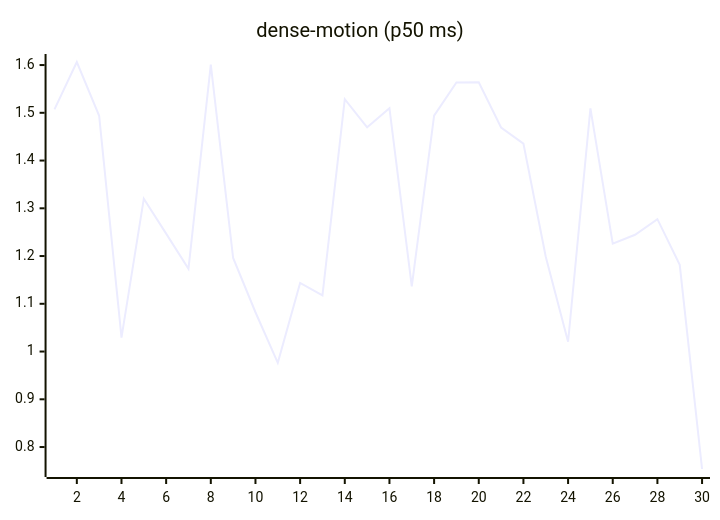
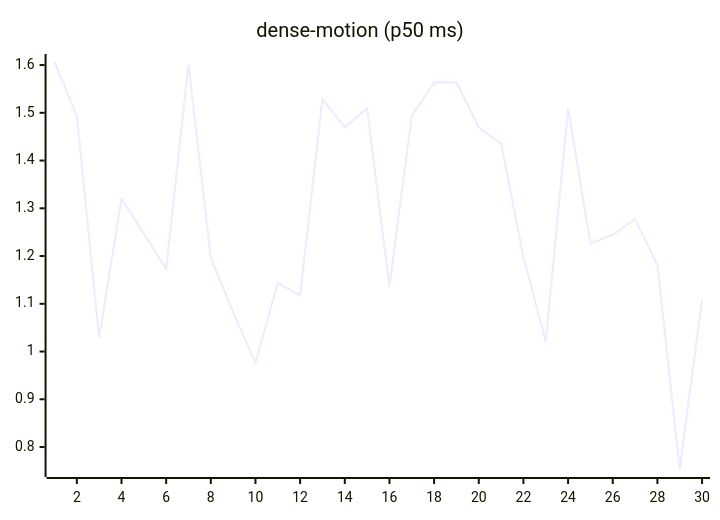
One commit to josha/Facet changed the ninth of 27 diagrams in README.md. Above: the diagram before and after it, drawn with Mermaid. The commit also changed other lines of this file and 2 other files, not shown here.

````diff
--- a/README.md
+++ b/README.md
@@ -119,6 +119,6 @@
 ```mermaid
 xychart-beta
     title "dense-motion (p50 ms)"
     x-axis 1 --> 30
-    line [1.5073, 1.6064, 1.4938, 1.0293, 1.3202, 1.2469, 1.1733, 1.6011, 1.1959, 1.0823, 0.9763, 1.1436, 1.1174, 1.5286, 1.4695, 1.5096, 1.1365, 1.4939, 1.5634, 1.5638, 1.4692, 1.4355, 1.1984, 1.0205, 1.5093, 1.2258, 1.2445, 1.2773, 1.1817, 0.7540]
+    line [1.6064, 1.4938, 1.0293, 1.3202, 1.2469, 1.1733, 1.6011, 1.1959, 1.0823, 0.9763, 1.1436, 1.1174, 1.5286, 1.4695, 1.5096, 1.1365, 1.4939, 1.5634, 1.5638, 1.4692, 1.4355, 1.1984, 1.0205, 1.5093, 1.2258, 1.2445, 1.2773, 1.1817, 0.7540, 1.1093]
 ```
````
